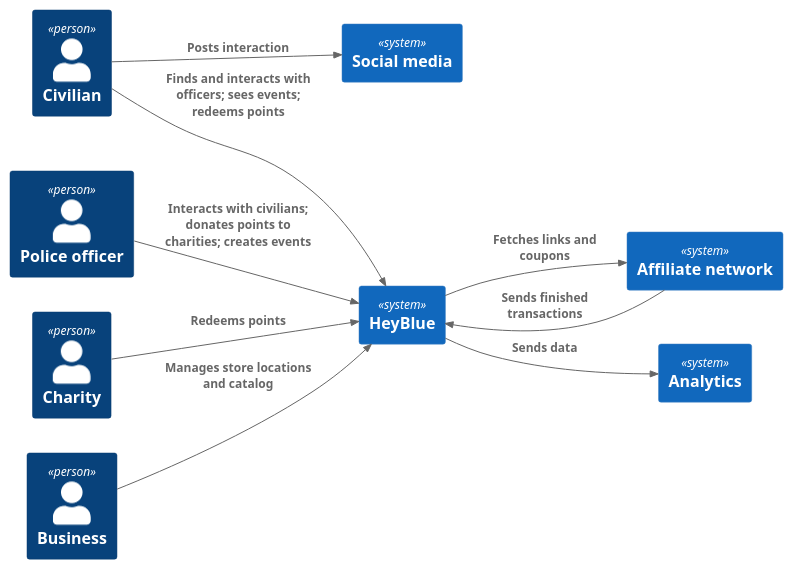
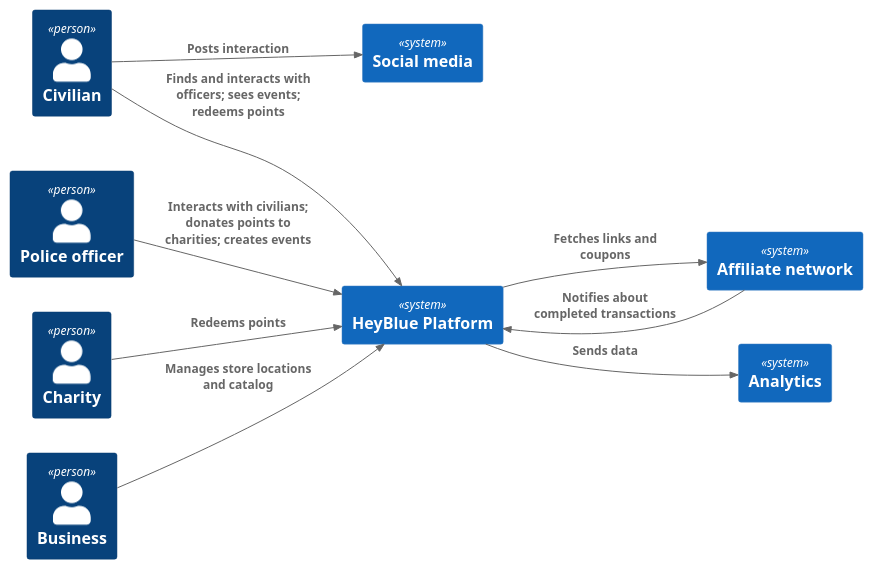
One commit to domagojbozic/team-mustang-kata-2022 changed the diagram in diagrams/context.puml. Above: the diagram before and after it, drawn with PlantUML.

Commit message:
update context diagram

```diff
--- a/diagrams/context.puml
+++ b/diagrams/context.puml
@@ -1,24 +1,24 @@
 @startuml
 !include https://raw.githubusercontent.com/plantuml-stdlib/C4-PlantUML/master/C4_Context.puml
 
 LAYOUT_LEFT_RIGHT()
 
 Person(civilian, "Civilian")
-System(heyblue, "HeyBlue")
+System(heyblue, "HeyBlue Platform")
 Person(police_officer, "Police officer")
 Person(charity, "Charity")
 System(social_media, "Social media")
 System(affiliate_network, "Affiliate network")
 System(analytics, "Analytics")
 Person(business, "Business")
 
 Rel(civilian, heyblue, "Finds and interacts with officers; sees events; redeems points")
 Rel(police_officer, heyblue, "Interacts with civilians; donates points to charities; creates events")
 Rel(charity, heyblue, "Redeems points")
 Rel(civilian, social_media, "Posts interaction")
 Rel(heyblue, affiliate_network, "Fetches links and coupons")
 Rel(heyblue, analytics, "Sends data")
-Rel(affiliate_network, heyblue, "Sends finished transactions")
+Rel(affiliate_network, heyblue, "Notifies about completed transactions")
 Rel(business, heyblue, "Manages store locations and catalog")
 
 @enduml
```
